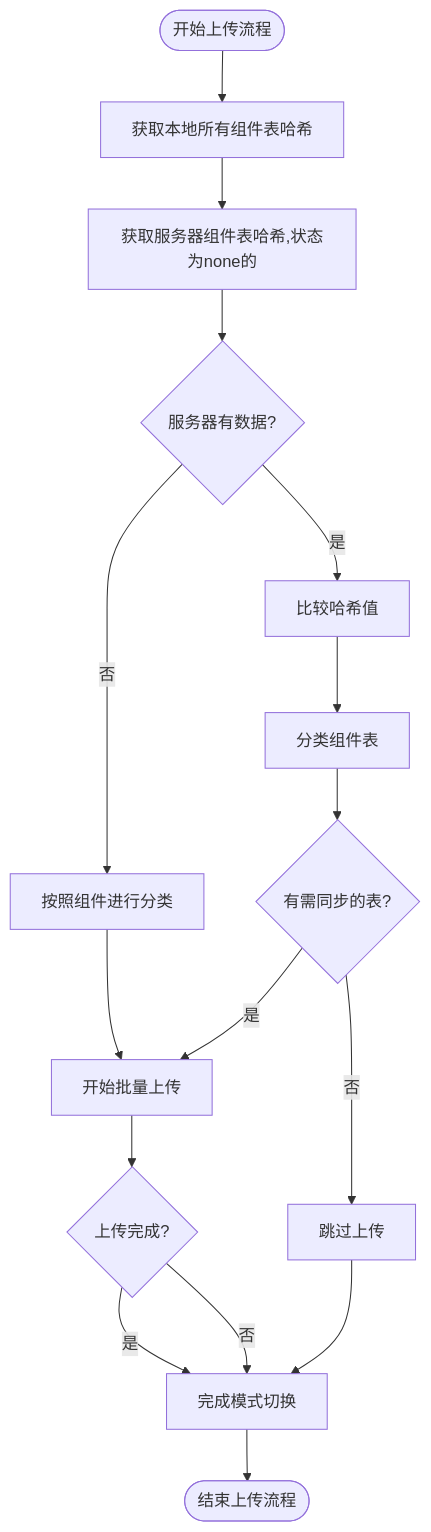
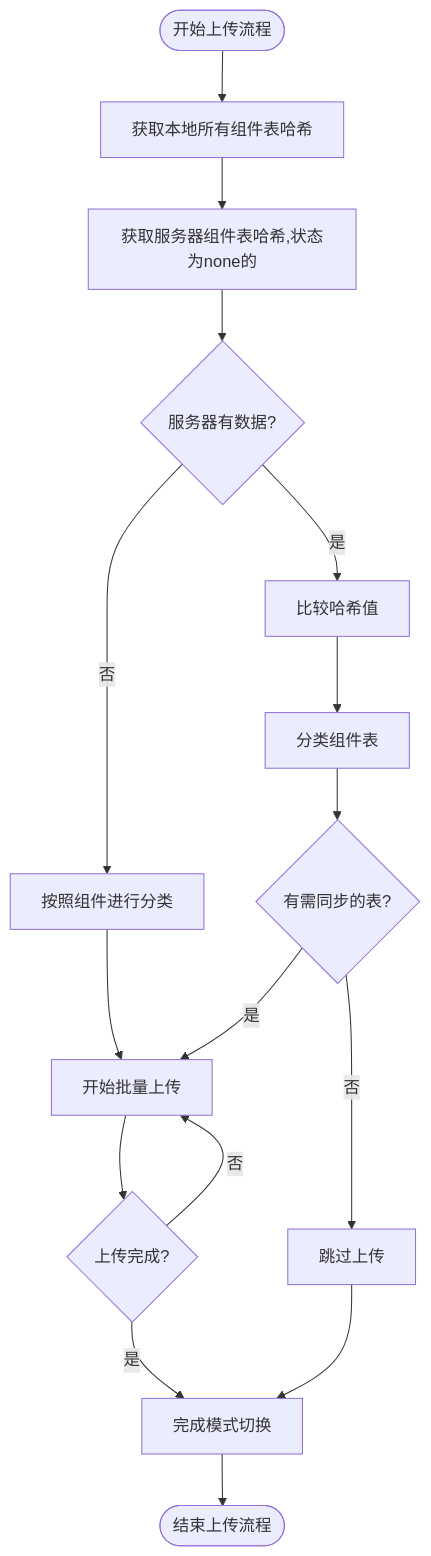
Before and after one commit to yingjianzh/iodraw-files: the diagram in all/未命名-50.md, drawn with Mermaid.

Commit message:
2025-05-08 17:16:15 update

````diff
--- a/all/未命名-50.md
+++ b/all/未命名-50.md
@@ -1,28 +1,28 @@
 ```mermaid
 flowchart TD
     Start([开始上传流程]) --> CollectLocalHashes[获取本地所有组件表哈希]
     CollectLocalHashes --> FetchServerHashes[获取服务器组件表哈希,状态为none的]
     
     FetchServerHashes --> ServerHasData{服务器有数据?}
     
     ServerHasData -->|是| CompareHashes[比较哈希值]
     ServerHasData -->|否| ClassifyTables2[按照组件进行分类]
     ClassifyTables2 --> StartBatching[开始批量上传]
     
     CompareHashes --> ClassifyTables[分类组件表]
     ClassifyTables --> HasChanges{有需同步的表?}
     
     HasChanges -->|否| SkipUpload[跳过上传]
     HasChanges -->|是| StartBatching
     
     StartBatching --> UploadComplete{上传完成?}
-    
+
     UploadComplete -->|是| FinalizeMode[完成模式切换]
-    UploadComplete -->|否| FinalizeMode[完成模式切换]
+    UploadComplete -->|否| StartBatching
 
     
     
     FinalizeMode --> End([结束上传流程])
     
     SkipUpload --> FinalizeMode
 ```
````
